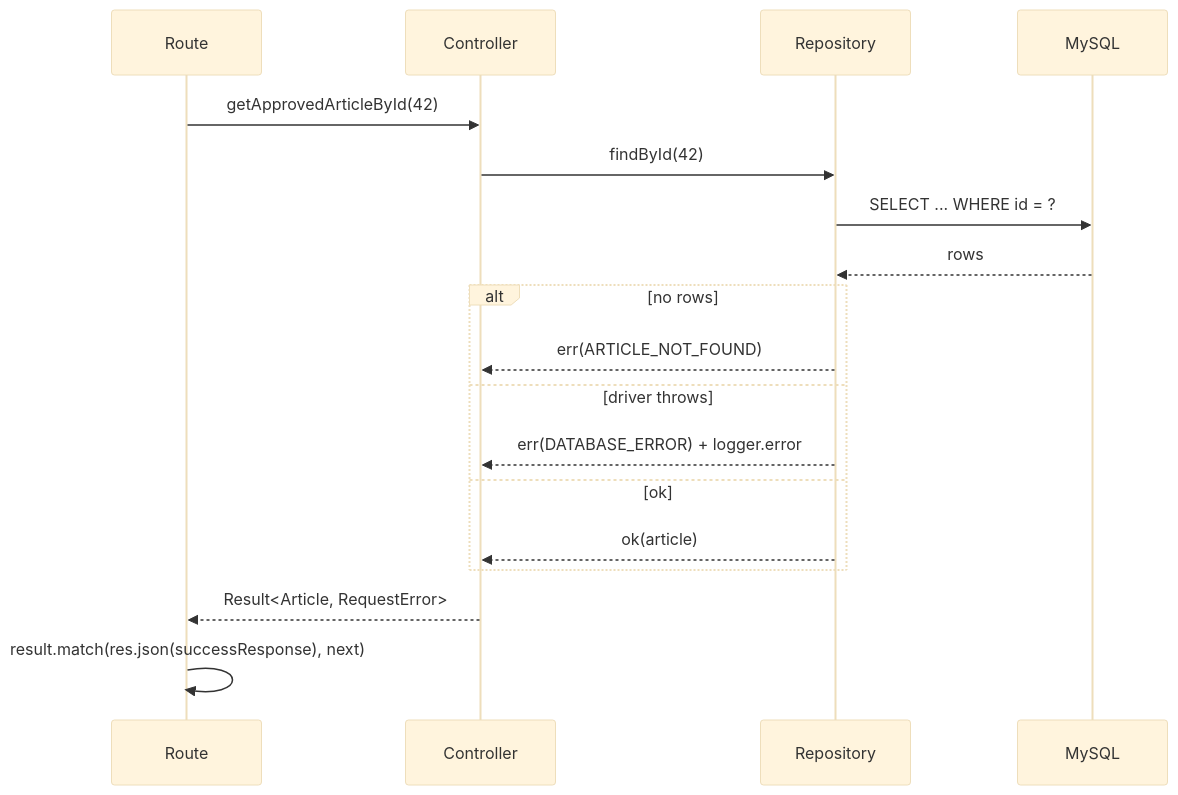
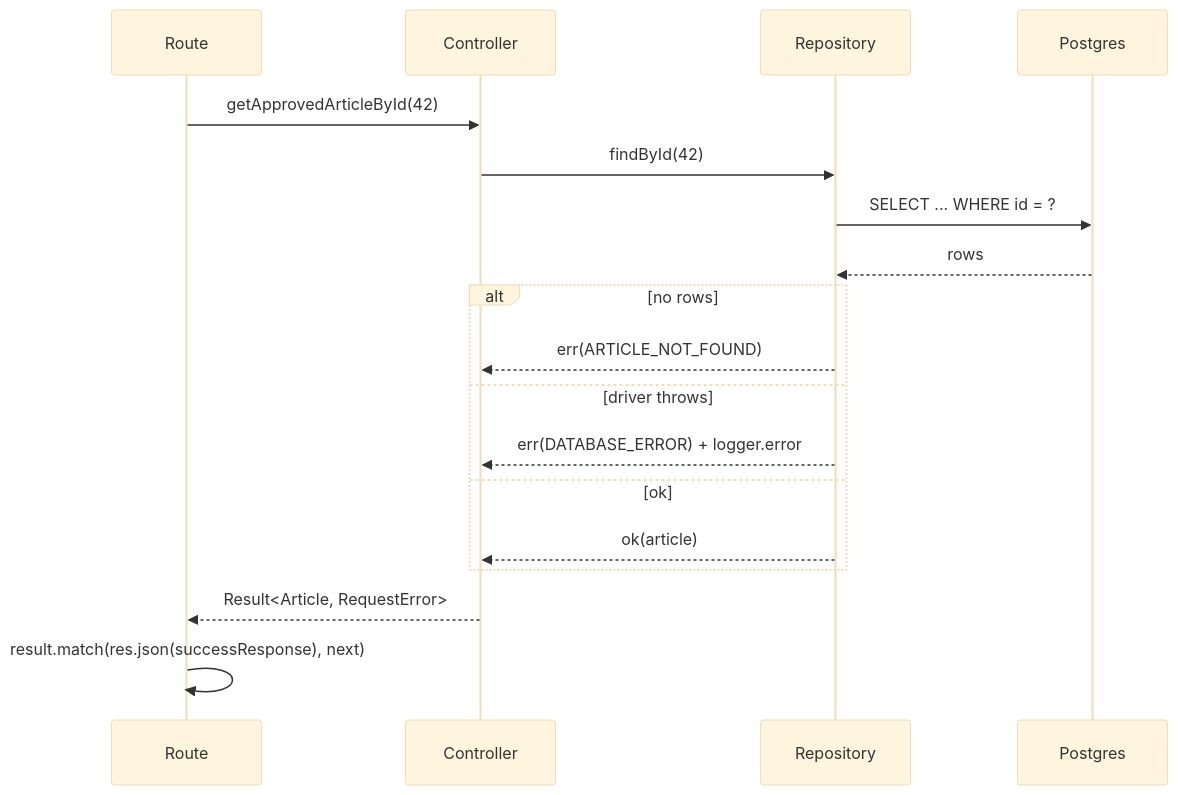
Before and after one commit to Prat05devs/pahadpulse: the third of 3 diagrams in guidelines/backend/02-high-level-design.md, drawn with Mermaid (base theme). The commit also changed other lines of this file and 90 other files, not shown here.

````diff
--- a/guidelines/backend/02-high-level-design.md
+++ b/guidelines/backend/02-high-level-design.md
@@ -112,21 +112,21 @@
 ```mermaid
 sequenceDiagram
   participant R as Route
   participant C as Controller
   participant Repo as Repository
-  participant DB as MySQL
+  participant DB as Postgres
 
   R->>C: getApprovedArticleById(42)
   C->>Repo: findById(42)
   Repo->>DB: SELECT ... WHERE id = ?
   DB-->>Repo: rows
   alt no rows
     Repo-->>C: err(ARTICLE_NOT_FOUND)
   else driver throws
     Repo-->>C: err(DATABASE_ERROR) + logger.error
   else ok
     Repo-->>C: ok(article)
   end
   C-->>R: Result<Article, RequestError>
   R->>R: result.match(res.json(successResponse), next)
 ```
````
